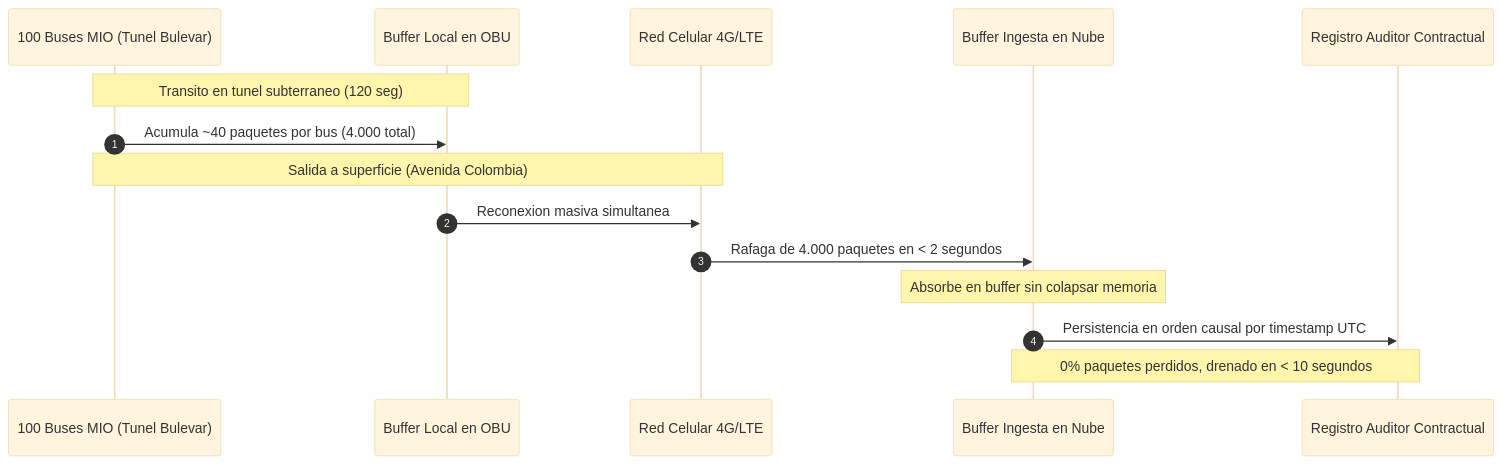
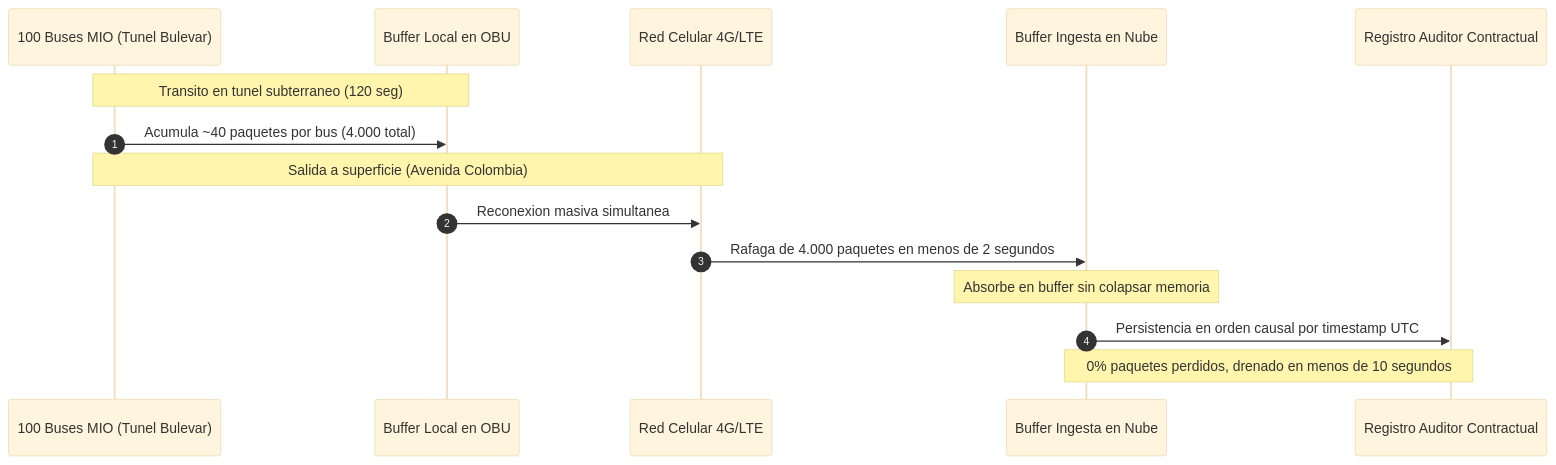
One commit to Kelocoes/docukelo-icesi changed the sixth of 8 diagrams in docs/diseno-de-software-1/semana-1/03-drivers-asrs-escenarios.md. Above: the diagram before and after it, drawn with Mermaid (base theme). The commit also changed other lines of this file and 3 other files, not shown here.

Commit message:
docs(diseno-1): actualizar guias 02 y 03 con diagramas SVG optimizados, OCP y escenarios SEI

````diff
--- a/docs/diseno-de-software-1/semana-1/03-drivers-asrs-escenarios.md
+++ b/docs/diseno-de-software-1/semana-1/03-drivers-asrs-escenarios.md
@@ -266,18 +297,18 @@
 ```mermaid
 sequenceDiagram
     autonumber
     participant Bus as 100 Buses MIO (Tunel Bulevar)
     participant OBU as Buffer Local en OBU
     participant Net as Red Celular 4G/LTE
     participant Ingest as Buffer Ingesta en Nube
     participant DB as Registro Auditor Contractual
 
     Note over Bus,OBU: Transito en tunel subterraneo (120 seg)
     Bus->>OBU: Acumula ~40 paquetes por bus (4.000 total)
     Note over Bus,Net: Salida a superficie (Avenida Colombia)
     OBU->>Net: Reconexion masiva simultanea
-    Net->>Ingest: Rafaga de 4.000 paquetes en < 2 segundos
+    Net->>Ingest: Rafaga de 4.000 paquetes en menos de 2 segundos
     Note over Ingest: Absorbe en buffer sin colapsar memoria
     Ingest->>DB: Persistencia en orden causal por timestamp UTC
-    Note over Ingest,DB: 0% paquetes perdidos, drenado en < 10 segundos
+    Note over Ingest,DB: 0% paquetes perdidos, drenado en menos de 10 segundos
 ```
````
